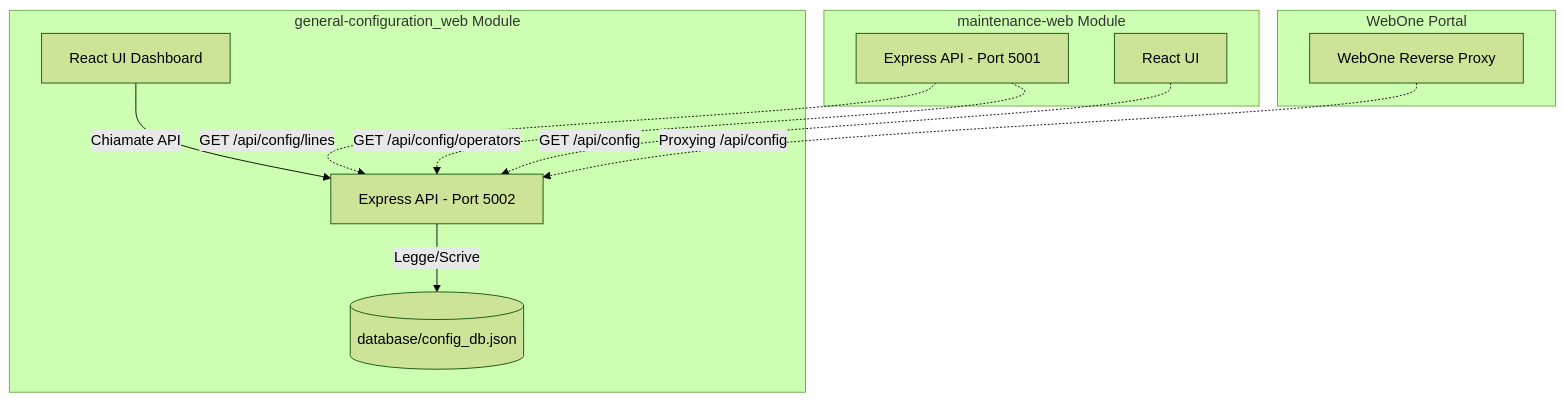
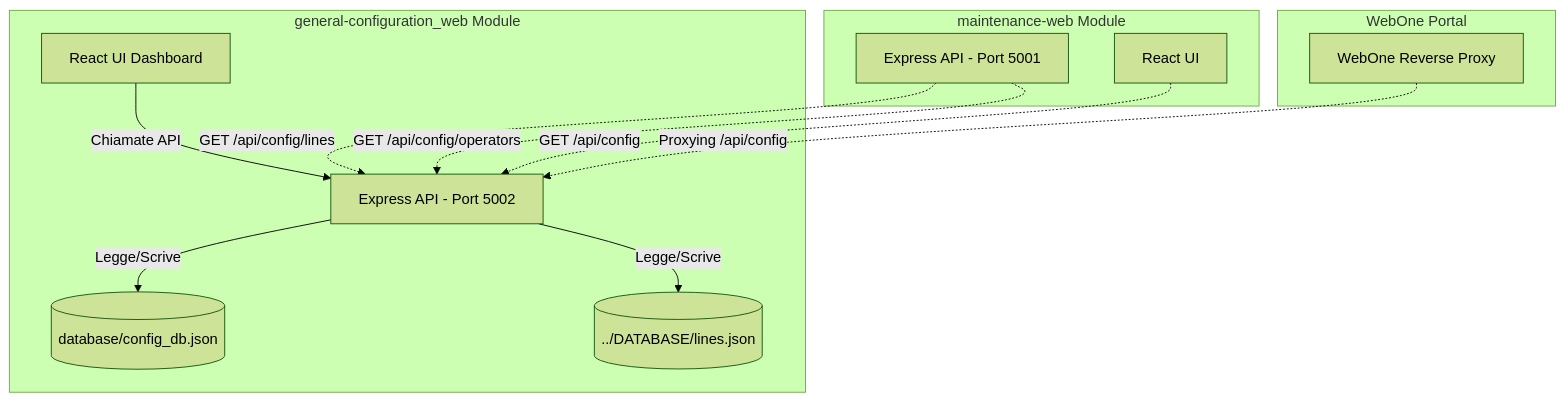
Before and after one commit to allegroa/RailPulse: the diagram in Specifiche/gc_spec.md, drawn with Mermaid (forest theme). The commit also changed other lines of this file and 68 other files, not shown here.

````diff
--- a/Specifiche/gc_spec.md
+++ b/Specifiche/gc_spec.md
@@ -137,27 +149,29 @@
 ```mermaid
 graph TD
     subgraph general-configuration_web [general-configuration_web Module]
         ConfigDB[(database/config_db.json)]
+        LinesDB[(../DATABASE/lines.json)]
         ConfigAPI[Express API - Port 5002]
         ConfigUI[React UI Dashboard]
     end
 
     subgraph maintenance-web [maintenance-web Module]
         MaintAPI[Express API - Port 5001]
         MaintUI[React UI]
     end
 
     subgraph WebOne [WebOne Portal]
         WO_Gateway[WebOne Reverse Proxy]
     end
 
     ConfigAPI -->|Legge/Scrive| ConfigDB
+    ConfigAPI -->|Legge/Scrive| LinesDB
     ConfigUI -->|Chiamate API| ConfigAPI
 
     %% Integrazioni
     MaintAPI -.->|GET /api/config/lines| ConfigAPI
     MaintAPI -.->|GET /api/config/operators| ConfigAPI
     MaintUI -.->|GET /api/config| ConfigAPI
 
     WO_Gateway -.->|Proxying /api/config| ConfigAPI
 ```
````
